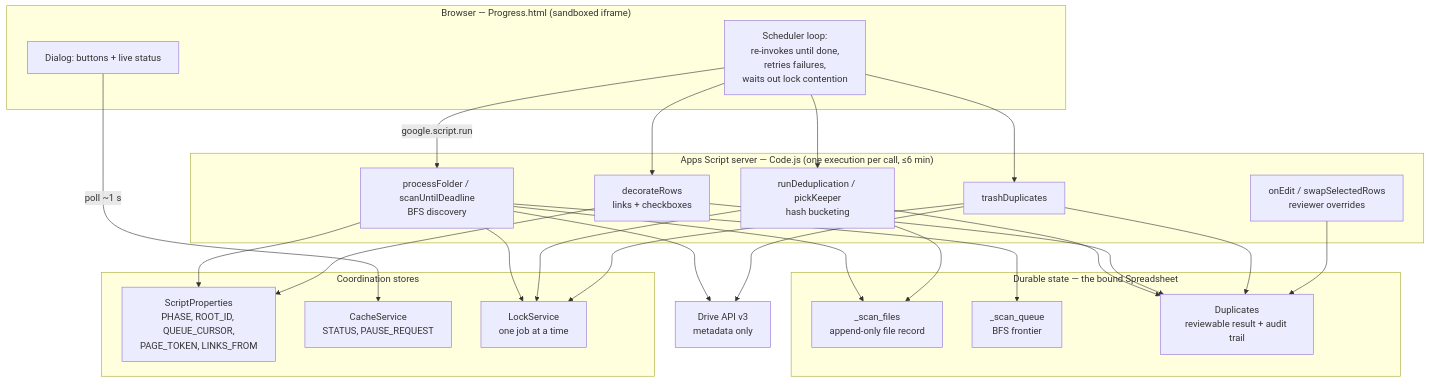
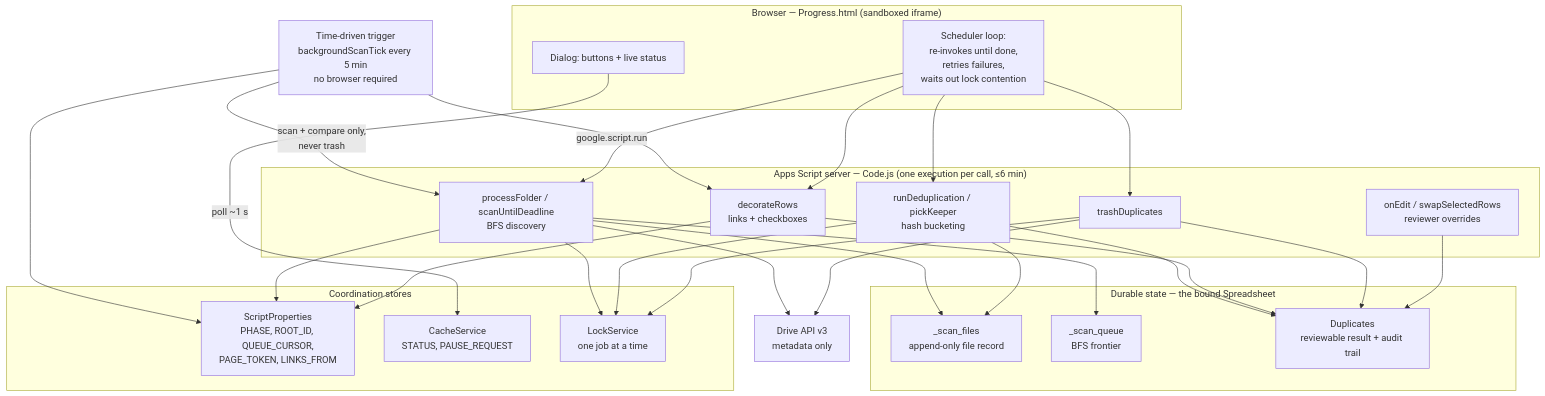
Before and after one commit to krbolik/GAS-File-Manipulation: the first of 4 diagrams in Deduplicator/ARCHITECTURE.md, drawn with Mermaid. The commit also changed other lines of this file and 3 other files, not shown here.

````diff
--- a/Deduplicator/ARCHITECTURE.md
+++ b/Deduplicator/ARCHITECTURE.md
@@ -20,45 +21,49 @@
 ```mermaid
 graph TB
   subgraph Browser["Browser — Progress.html (sandboxed iframe)"]
     UI["Dialog: buttons + live status"]
     SCHED["Scheduler loop:<br/>re-invokes until done,<br/>retries failures,<br/>waits out lock contention"]
   end
 
   subgraph Server["Apps Script server — Code.js (one execution per call, ≤6 min)"]
     SCAN["processFolder / scanUntilDeadline<br/>BFS discovery"]
     CMP["runDeduplication / pickKeeper<br/>hash bucketing"]
     DEC["decorateRows<br/>links + checkboxes"]
     TRASH["trashDuplicates"]
     SWAP["onEdit / swapSelectedRows<br/>reviewer overrides"]
   end
 
   subgraph Durable["Durable state — the bound Spreadsheet"]
     FILES["_scan_files<br/>append-only file record"]
     QUEUE["_scan_queue<br/>BFS frontier"]
     DUPES["Duplicates<br/>reviewable result + audit trail"]
   end
 
   subgraph KV["Coordination stores"]
     PROPS["ScriptProperties<br/>PHASE, ROOT_ID, QUEUE_CURSOR,<br/>PAGE_TOKEN, LINKS_FROM"]
     CACHE["CacheService<br/>STATUS, PAUSE_REQUEST"]
     LOCK["LockService<br/>one job at a time"]
   end
 
+  TRIG["Time-driven trigger<br/>backgroundScanTick every 5 min<br/>no browser required"]
   DRIVE["Drive API v3<br/>metadata only"]
 
+  TRIG -->|"scan + compare only,<br/>never trash"| SCAN
+  TRIG --> DEC
+  TRIG --> PROPS
   SCHED -->|google.script.run| SCAN
   SCHED --> CMP
   SCHED --> TRASH
   SCHED --> DEC
   UI -->|poll ~1 s| CACHE
   SCAN --> DRIVE
   TRASH --> DRIVE
   SCAN --> FILES & QUEUE
   SCAN --> PROPS
   CMP --> FILES
   CMP --> DUPES
   DEC --> DUPES & PROPS
   TRASH --> DUPES
   SWAP --> DUPES
   SCAN & CMP & TRASH --> LOCK
 ```
````
